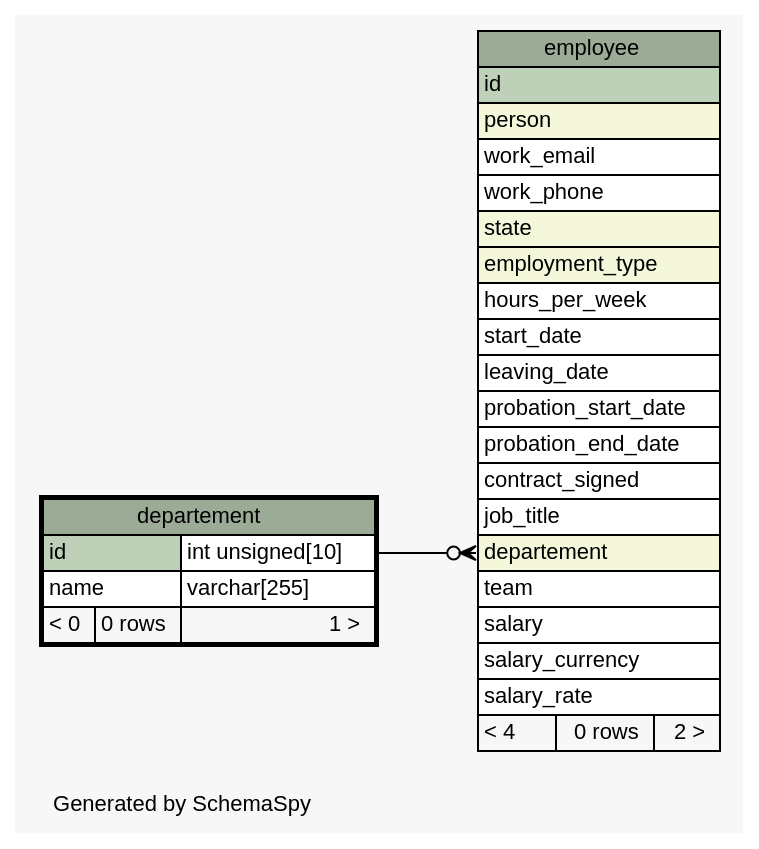
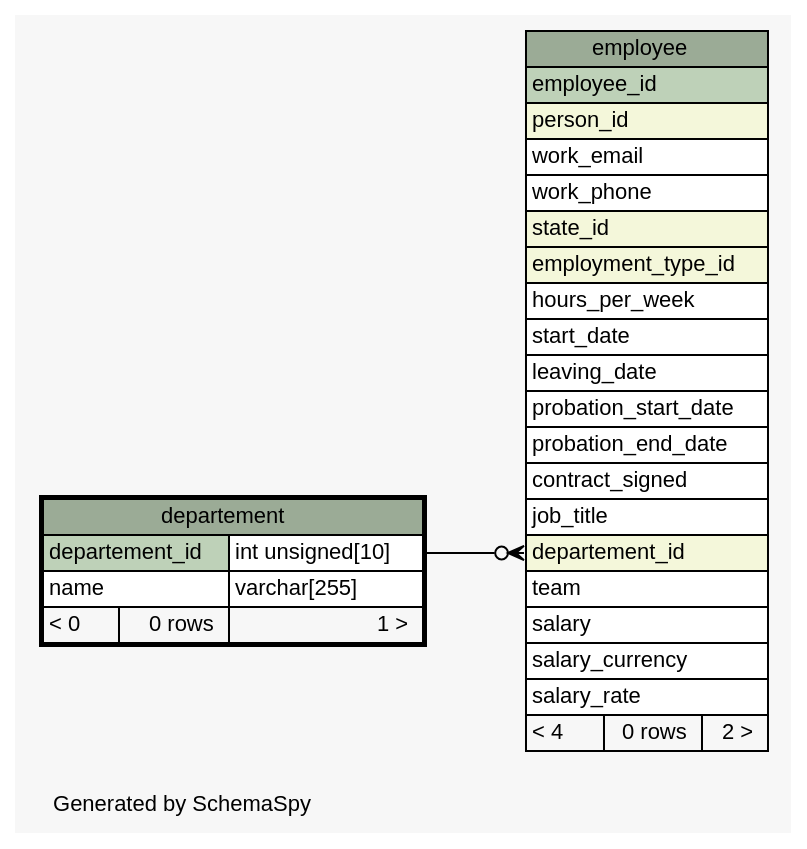
Before and after one commit to KaiBMP/KaiBMP.github.io: the diagram in diagrams/departement.1degree.dot, drawn with Graphviz. The commit also changed 170 other files, not shown here.

Commit message:
schemaspy update

```diff
--- a/diagrams/departement.1degree.dot
+++ b/diagrams/departement.1degree.dot
@@ -1,61 +1,61 @@
 // dot 2.40.1 on Linux 5.3.0-28-generic
 // SchemaSpy rev 590
 digraph "oneDegreeRelationshipsDiagram" {
   graph [
     rankdir="RL"
     bgcolor="#f7f7f7"
     label="\nGenerated by SchemaSpy"
     labeljust="l"
     nodesep="0.18"
     ranksep="0.46"
     fontname="Helvetica"
     fontsize="11"
   ];
   node [
     fontname="Helvetica"
     fontsize="11"
     shape="plaintext"
   ];
   edge [
     arrowsize="0.8"
   ];
-  "employee":"departement":w -> "departement":"id.type":e [arrowhead=none dir=back arrowtail=crowodot];
+  "employee":"departement_id":w -> "departement":"departement_id.type":e [arrowhead=none dir=back arrowtail=crowodot];
   "departement" [
     label=<
     <TABLE BORDER="2" CELLBORDER="1" CELLSPACING="0" BGCOLOR="#ffffff">
       <TR><TD COLSPAN="3" BGCOLOR="#9bab96" ALIGN="CENTER">departement</TD></TR>
-      <TR><TD PORT="id" COLSPAN="2" BGCOLOR="#bed1b8" ALIGN="LEFT">id</TD><TD PORT="id.type" ALIGN="LEFT">int unsigned[10]</TD></TR>
+      <TR><TD PORT="departement_id" COLSPAN="2" BGCOLOR="#bed1b8" ALIGN="LEFT">departement_id</TD><TD PORT="departement_id.type" ALIGN="LEFT">int unsigned[10]</TD></TR>
       <TR><TD PORT="name" COLSPAN="2" ALIGN="LEFT">name</TD><TD PORT="name.type" ALIGN="LEFT">varchar[255]</TD></TR>
       <TR><TD ALIGN="LEFT" BGCOLOR="#f7f7f7">&lt; 0</TD><TD ALIGN="RIGHT" BGCOLOR="#f7f7f7">0 rows</TD><TD ALIGN="RIGHT" BGCOLOR="#f7f7f7">1 &gt;</TD></TR>
     </TABLE>>
     URL="departement.html"
     tooltip="departement"
   ];
   "employee" [
     label=<
     <TABLE BORDER="0" CELLBORDER="1" CELLSPACING="0" BGCOLOR="#ffffff">
       <TR><TD COLSPAN="3" BGCOLOR="#9bab96" ALIGN="CENTER">employee</TD></TR>
-      <TR><TD PORT="id" COLSPAN="3" BGCOLOR="#bed1b8" ALIGN="LEFT">id</TD></TR>
-      <TR><TD PORT="person" COLSPAN="3" BGCOLOR="#f4f7da" ALIGN="LEFT">person</TD></TR>
+      <TR><TD PORT="employee_id" COLSPAN="3" BGCOLOR="#bed1b8" ALIGN="LEFT">employee_id</TD></TR>
+      <TR><TD PORT="person_id" COLSPAN="3" BGCOLOR="#f4f7da" ALIGN="LEFT">person_id</TD></TR>
       <TR><TD PORT="work_email" COLSPAN="3" ALIGN="LEFT">work_email</TD></TR>
       <TR><TD PORT="work_phone" COLSPAN="3" ALIGN="LEFT">work_phone</TD></TR>
-      <TR><TD PORT="state" COLSPAN="3" BGCOLOR="#f4f7da" ALIGN="LEFT">state</TD></TR>
-      <TR><TD PORT="employment_type" COLSPAN="3" BGCOLOR="#f4f7da" ALIGN="LEFT">employment_type</TD></TR>
+      <TR><TD PORT="state_id" COLSPAN="3" BGCOLOR="#f4f7da" ALIGN="LEFT">state_id</TD></TR>
+      <TR><TD PORT="employment_type_id" COLSPAN="3" BGCOLOR="#f4f7da" ALIGN="LEFT">employment_type_id</TD></TR>
       <TR><TD PORT="hours_per_week" COLSPAN="3" ALIGN="LEFT">hours_per_week</TD></TR>
       <TR><TD PORT="start_date" COLSPAN="3" ALIGN="LEFT">start_date</TD></TR>
       <TR><TD PORT="leaving_date" COLSPAN="3" ALIGN="LEFT">leaving_date</TD></TR>
       <TR><TD PORT="probation_start_date" COLSPAN="3" ALIGN="LEFT">probation_start_date</TD></TR>
       <TR><TD PORT="probation_end_date" COLSPAN="3" ALIGN="LEFT">probation_end_date</TD></TR>
       <TR><TD PORT="contract_signed" COLSPAN="3" ALIGN="LEFT">contract_signed</TD></TR>
       <TR><TD PORT="job_title" COLSPAN="3" ALIGN="LEFT">job_title</TD></TR>
-      <TR><TD PORT="departement" COLSPAN="3" BGCOLOR="#f4f7da" ALIGN="LEFT">departement</TD></TR>
+      <TR><TD PORT="departement_id" COLSPAN="3" BGCOLOR="#f4f7da" ALIGN="LEFT">departement_id</TD></TR>
       <TR><TD PORT="team" COLSPAN="3" ALIGN="LEFT">team</TD></TR>
       <TR><TD PORT="salary" COLSPAN="3" ALIGN="LEFT">salary</TD></TR>
       <TR><TD PORT="salary_currency" COLSPAN="3" ALIGN="LEFT">salary_currency</TD></TR>
       <TR><TD PORT="salary_rate" COLSPAN="3" ALIGN="LEFT">salary_rate</TD></TR>
       <TR><TD ALIGN="LEFT" BGCOLOR="#f7f7f7">&lt; 4</TD><TD ALIGN="RIGHT" BGCOLOR="#f7f7f7">0 rows</TD><TD ALIGN="RIGHT" BGCOLOR="#f7f7f7">2 &gt;</TD></TR>
     </TABLE>>
     URL="employee.html"
     tooltip="employee"
   ];
 }
```
